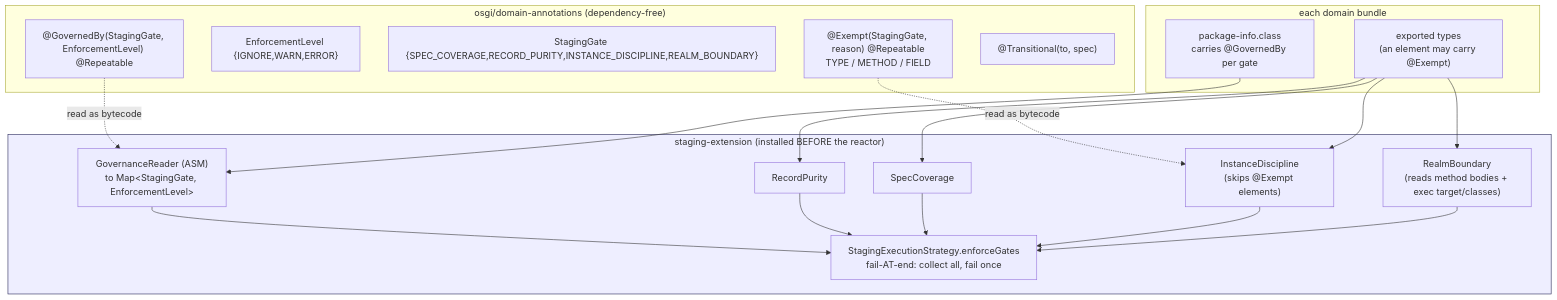
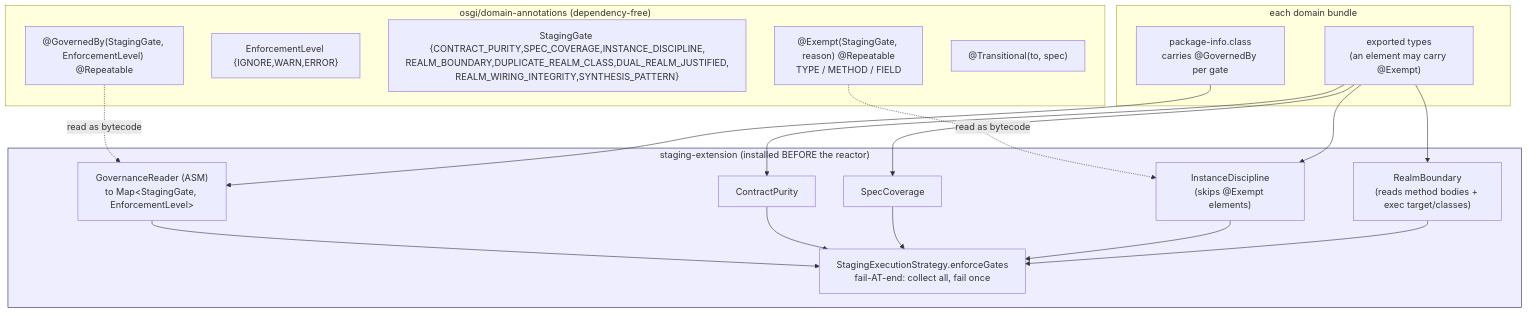
Before and after one commit to nxmatic/rke2lab: the diagram in docs/architecture/osgi/staging-gates-governance-spec.adoc, drawn with Mermaid. The commit also changed other lines of this file and 1 other file, not shown here.

First line of the commit message:
docs(staging): reconcile the gate roster with the eight shipped gates

```diff
--- a/docs/architecture/osgi/staging-gates-governance-spec.adoc
+++ b/docs/architecture/osgi/staging-gates-governance-spec.adoc
@@ -171,34 +246,34 @@
 [mermaid]
 ....
 flowchart TB
   subgraph anns["osgi/domain-annotations (dependency-free)"]
     gb["@GovernedBy(StagingGate, EnforcementLevel) @Repeatable"]
     en["EnforcementLevel {IGNORE,WARN,ERROR}"]
-    ga["StagingGate {SPEC_COVERAGE,RECORD_PURITY,INSTANCE_DISCIPLINE,REALM_BOUNDARY}"]
+    ga["StagingGate {CONTRACT_PURITY,SPEC_COVERAGE,INSTANCE_DISCIPLINE,<br/>REALM_BOUNDARY,DUPLICATE_REALM_CLASS,DUAL_REALM_JUSTIFIED,<br/>REALM_WIRING_INTEGRITY,SYNTHESIS_PATTERN}"]
     ex["@Exempt(StagingGate, reason) @Repeatable<br/>TYPE / METHOD / FIELD"]
     tr["@Transitional(to, spec)"]
   end
   subgraph dom["each domain bundle"]
     pi["package-info.class<br/>carries @GovernedBy per gate"]
     tps["exported types<br/>(an element may carry @Exempt)"]
   end
   subgraph ext["staging-extension (installed BEFORE the reactor)"]
     gr["GovernanceReader (ASM)<br/>to Map&lt;StagingGate, EnforcementLevel&gt;"]
-    rp["RecordPurity"]
+    rp["ContractPurity"]
     sc["SpecCoverage"]
     id["InstanceDiscipline<br/>(skips @Exempt elements)"]
     rb["RealmBoundary<br/>(reads method bodies + exec target/classes)"]
     se["StagingExecutionStrategy.enforceGates<br/>fail-AT-end: collect all, fail once"]
   end
   gb -.read as bytecode.-> gr
   ex -.read as bytecode.-> id
   pi --> gr
   tps --> rp & sc & id & rb
   gr --> se
   rp --> se
   sc --> se
   id --> se
   rb --> se
   classDef infra fill:#eef,stroke:#225;
   class ext infra;
 ....
```
